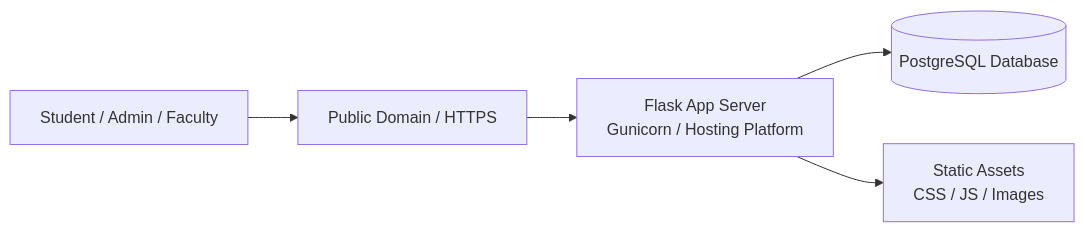
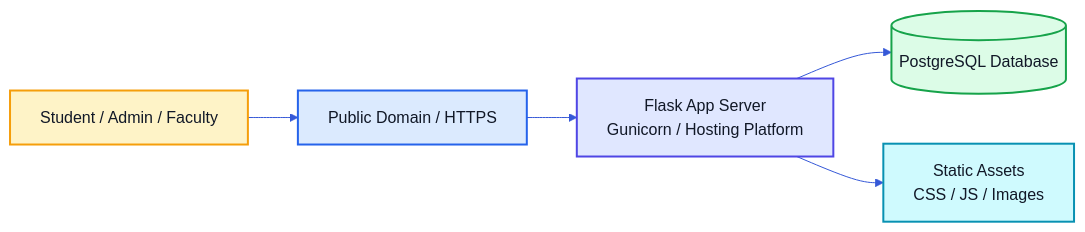
One commit to aniket-nihal/MCA-Result-Portal changed the sixth of 7 diagrams in README.md. Above: the diagram before and after it, drawn with Mermaid. The commit also changed other lines of this file, not shown here.

````diff
--- a/README.md
+++ b/README.md
@@ -210,7 +270,20 @@
 ```mermaid
+%%{init: {'theme': 'base', 'themeVariables': { 'primaryColor': '#eef4ff', 'primaryTextColor': '#182033', 'lineColor': '#3558d7', 'fontFamily': 'Arial' }}}%%
 flowchart LR
     User[Student / Admin / Faculty] --> Domain[Public Domain / HTTPS]
     Domain --> Web[Flask App Server\nGunicorn / Hosting Platform]
     Web --> PG[(PostgreSQL Database)]
     Web --> Static[Static Assets\nCSS / JS / Images]
+
+    classDef user fill:#fef3c7,stroke:#f59e0b,color:#111827,stroke-width:2px
+    classDef domain fill:#dbeafe,stroke:#2563eb,color:#111827,stroke-width:2px
+    classDef server fill:#e0e7ff,stroke:#4f46e5,color:#111827,stroke-width:2px
+    classDef db fill:#dcfce7,stroke:#16a34a,color:#111827,stroke-width:2px
+    classDef static fill:#cffafe,stroke:#0891b2,color:#111827,stroke-width:2px
+
+    class User user
+    class Domain domain
+    class Web server
+    class PG db
+    class Static static
 ```
````
